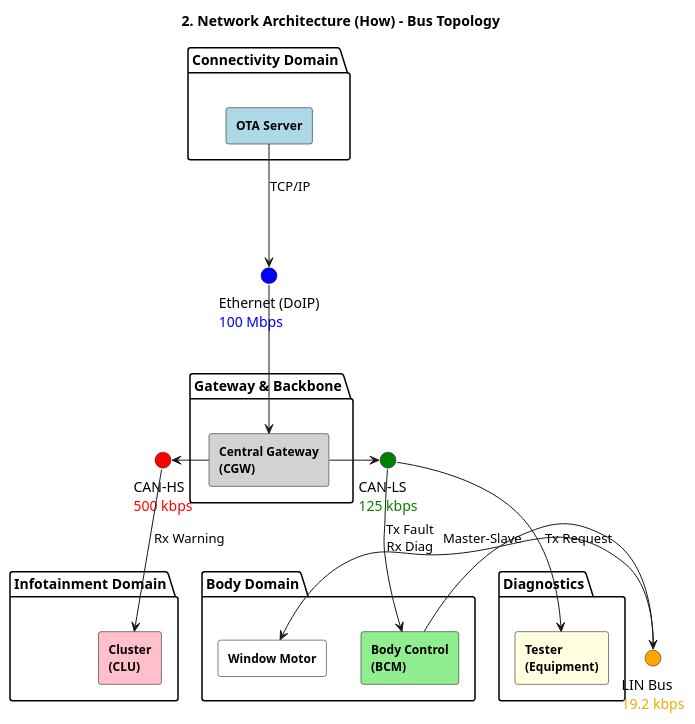
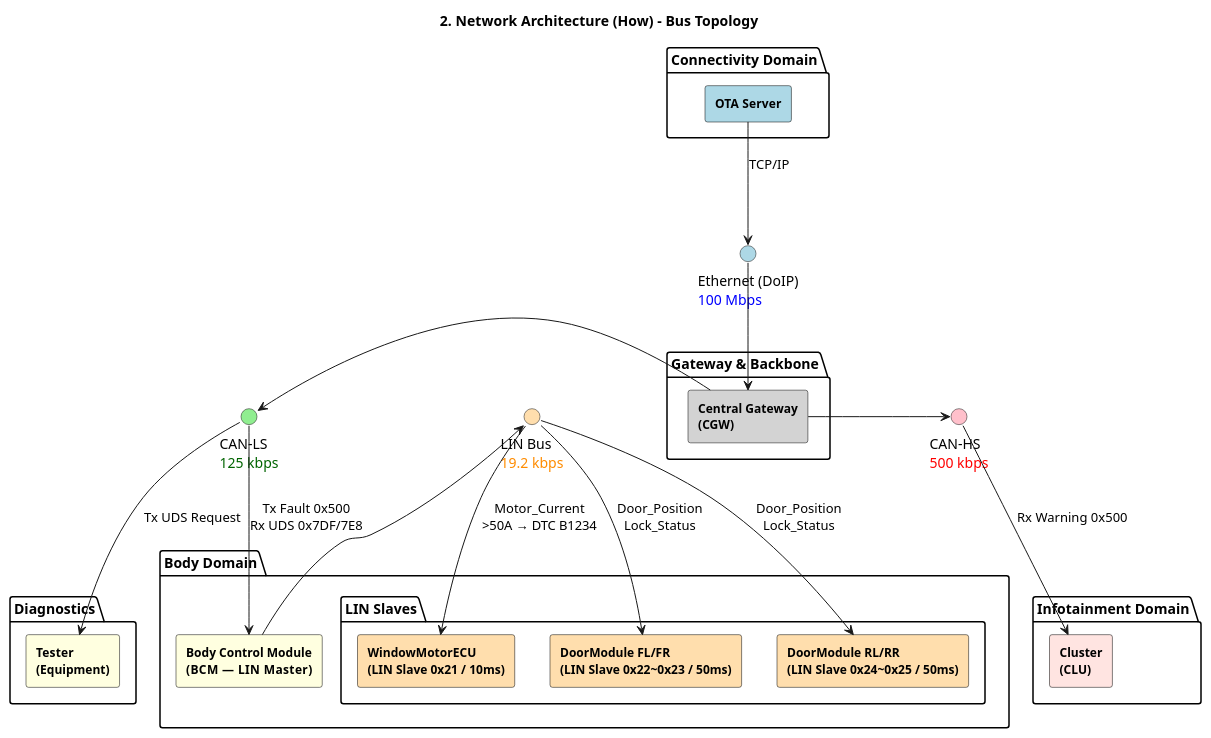
Before and after one commit to VectorCANoe/canoe-driving-alert: the diagram in docs/sample/02_Network_Topology.puml, drawn with PlantUML. The commit also changed 20 other files, not shown here.

```diff
--- a/docs/sample/02_Network_Topology.puml
+++ b/docs/sample/02_Network_Topology.puml
@@ -1,66 +1,77 @@
 @startuml
 title 2. Network Architecture (How) - Bus Topology
 top to bottom direction
 skinparam componentStyle rectangle
 skinparam shadowing false
 skinparam roundcorner 5
 
 ' --- Colors & Style ---
 skinparam rectangle {
     BackgroundColor White
     BorderColor Black
     FontSize 14
     FontStyle bold
 }
 skinparam component {
     BackgroundColor White
     BorderColor Black
     FontSize 12
     FontStyle bold
 }
 
-' --- Bus Lines (As Interfaces for better visual) ---
-interface "Ethernet (DoIP)\n<color:Blue>100 Mbps</color>" as ETH_BUS #Blue
-interface "CAN-HS\n<color:Red>500 kbps</color>" as HS_BUS #Red
-interface "CAN-LS\n<color:Green>125 kbps</color>" as LS_BUS #Green
-interface "LIN Bus\n<color:Orange>19.2 kbps</color>" as LIN_BUS #Orange
+' --- Bus Lines ---
+interface "Ethernet (DoIP)\n<color:Blue>100 Mbps</color>"     as ETH_BUS #LightBlue
+interface "CAN-HS\n<color:Red>500 kbps</color>"               as HS_BUS  #Pink
+interface "CAN-LS\n<color:DarkGreen>125 kbps</color>"         as LS_BUS  #LightGreen
+interface "LIN Bus\n<color:DarkOrange>19.2 kbps</color>"      as LIN_BUS #NavajoWhite
 
-' --- Nodes (ECUs) ---
+' --- Connectivity Domain ---
 package "Connectivity Domain" {
     component "OTA Server" as OTA #LightBlue
 }
 
+' --- Gateway ---
 package "Gateway & Backbone" {
     component "Central Gateway\n(CGW)" as GW #LightGray
 }
 
+' --- Body Domain ---
 package "Body Domain" {
-    component "Body Control\n(BCM)" as BCM #LightGreen
-    component "Window Motor" as MOTOR #White
+    component "Body Control Module\n(BCM  —  LIN Master)" as BCM #LightYellow
+
+    package "LIN Slaves" {
+        component "WindowMotorECU\n(LIN Slave 0x21 / 10ms)" as WMECU #NavajoWhite
+        component "DoorModule FL/FR\n(LIN Slave 0x22~0x23 / 50ms)" as DOOR_F #NavajoWhite
+        component "DoorModule RL/RR\n(LIN Slave 0x24~0x25 / 50ms)" as DOOR_R #NavajoWhite
+    }
 }
 
+' --- Infotainment Domain ---
 package "Infotainment Domain" {
-    component "Cluster\n(CLU)" as CLU #pink
+    component "Cluster\n(CLU)" as CLU #MistyRose
 }
 
+' --- Diagnostics ---
 package "Diagnostics" {
     component "Tester\n(Equipment)" as TESTER #LightYellow
 }
 
 ' --- Connections ---
-OTA -down-> ETH_BUS : "TCP/IP"
+OTA     -down-> ETH_BUS   : "TCP/IP"
 ETH_BUS -down-> GW
 
-GW -left-> HS_BUS
-GW -right-> LS_BUS
+GW -left->  LS_BUS
+GW -right-> HS_BUS
 
-HS_BUS -down-> CLU : "Rx Warning"
+LS_BUS -down-> BCM    : "Tx Fault 0x500\nRx UDS 0x7DF/7E8"
+LS_BUS -down-> TESTER : "Tx UDS Request"
 
-LS_BUS -down-> BCM : "Tx Fault\nRx Diag"
-LS_BUS -down-> TESTER : "Tx Request"
+HS_BUS -down-> CLU    : "Rx Warning 0x500"
 
-' LIN Connection
-BCM -right-> LIN_BUS
-LIN_BUS -right-> MOTOR : "Master-Slave"
+' LIN Master-Slave
+BCM     -down-> LIN_BUS
+LIN_BUS -down-> WMECU  : "Motor_Current\n>50A → DTC B1234"
+LIN_BUS -down-> DOOR_F : "Door_Position\nLock_Status"
+LIN_BUS -down-> DOOR_R : "Door_Position\nLock_Status"
 
 @enduml
```
